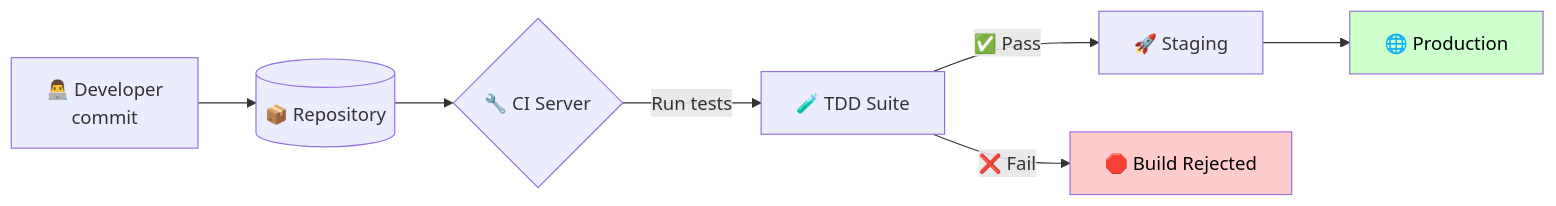
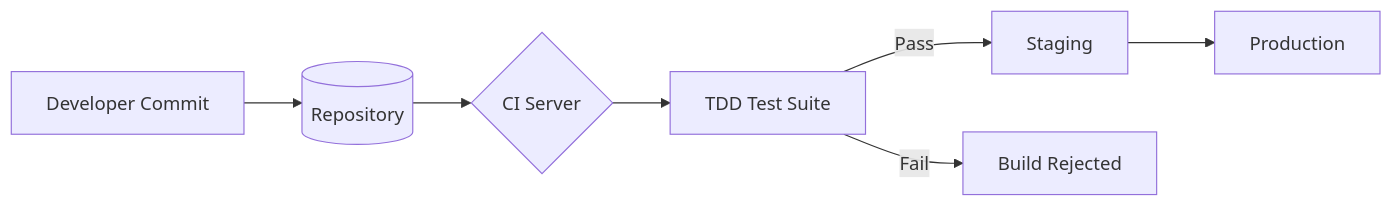
The second of 2 diagrams in README.md (Yasinbenek/Tesst-Driven-Development), drawn with Mermaid before and after one commit. The commit also changed other lines of this file, not shown here.

````diff
--- a/README.md
+++ b/README.md
@@ -160,11 +172,9 @@
 ```mermaid
 flowchart LR
-    Dev[👨‍💻 Developer<br/>commit] --> Repo[(📦 Repository)]
-    Repo --> CI{🔧 CI Server}
-    CI -->|Run tests| Tests[🧪 TDD Suite]
-    Tests -->|✅ Pass| Stage[🚀 Staging]
-    Tests -->|❌ Fail| Reject[🛑 Build Rejected]
-    Stage --> Prod[🌐 Production]
-    style Reject fill:#ffcccc,color:#000
-    style Prod fill:#ccffcc,color:#000
+    Dev["Developer Commit"] --> Repo[("Repository")]
+    Repo --> CI{"CI Server"}
+    CI --> Tests["TDD Test Suite"]
+    Tests -- Pass --> Stage["Staging"]
+    Stage --> Prod["Production"]
+    Tests -- Fail --> Reject["Build Rejected"]
 ```
````
